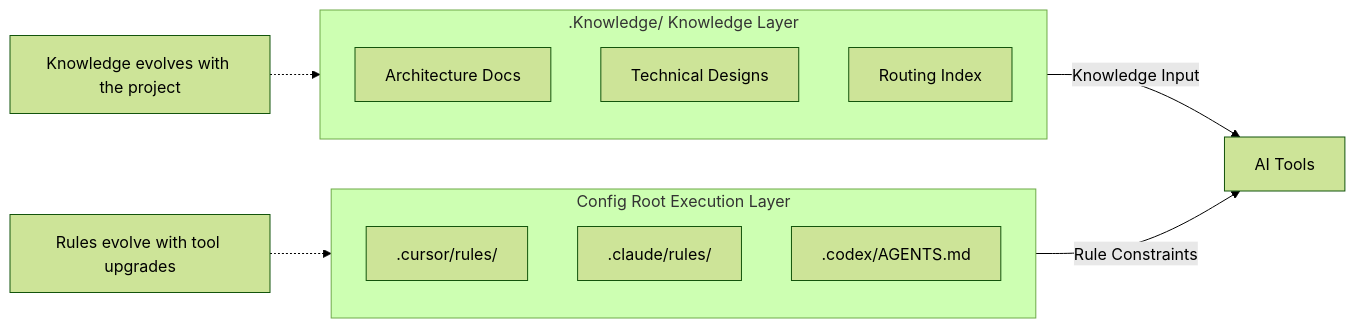
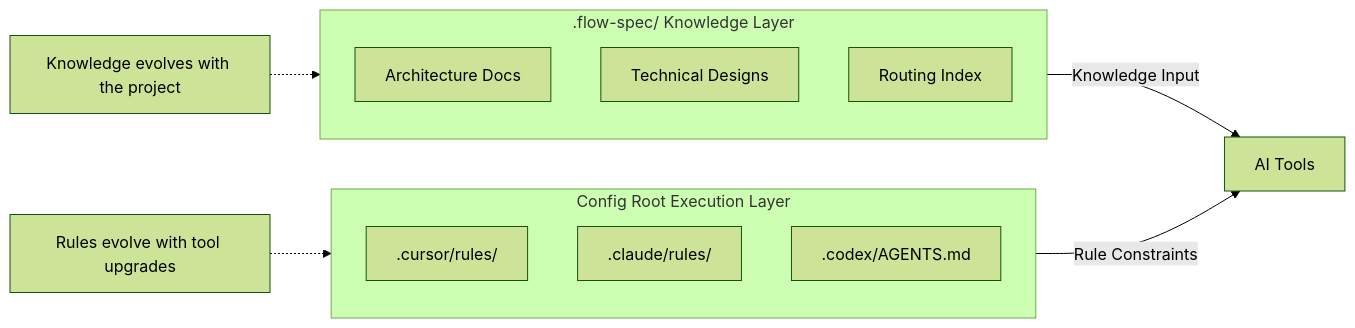
One commit to double-coding-lab/Flow2Spec changed the first of 7 diagrams in docs/en/design-principles.md. Above: the diagram before and after it, drawn with Mermaid (forest theme). The commit also changed other lines of this file and 543 other files, not shown here.

Commit message:
♻️ refactor: 统一 flow-spec 命名与知识库路径

````diff
--- a/docs/en/design-principles.md
+++ b/docs/en/design-principles.md
@@ -45,20 +45,20 @@
 ```mermaid
 graph LR
-    subgraph K[".Knowledge/  Knowledge Layer"]
+    subgraph K[".flow-spec/  Knowledge Layer"]
         K1[Architecture Docs]
         K2[Technical Designs]
         K3[Routing Index]
     end
 
     subgraph R["Config Root  Execution Layer"]
         R1[.cursor/rules/]
         R2[.claude/rules/]
         R3[.codex/AGENTS.md]
     end
 
     K -->|Knowledge Input| AI[AI Tools]
     R -->|Rule Constraints| AI
 
     note1["Knowledge evolves with the project"] -.-> K
     note2["Rules evolve with tool upgrades"] -.-> R
 ```
````
